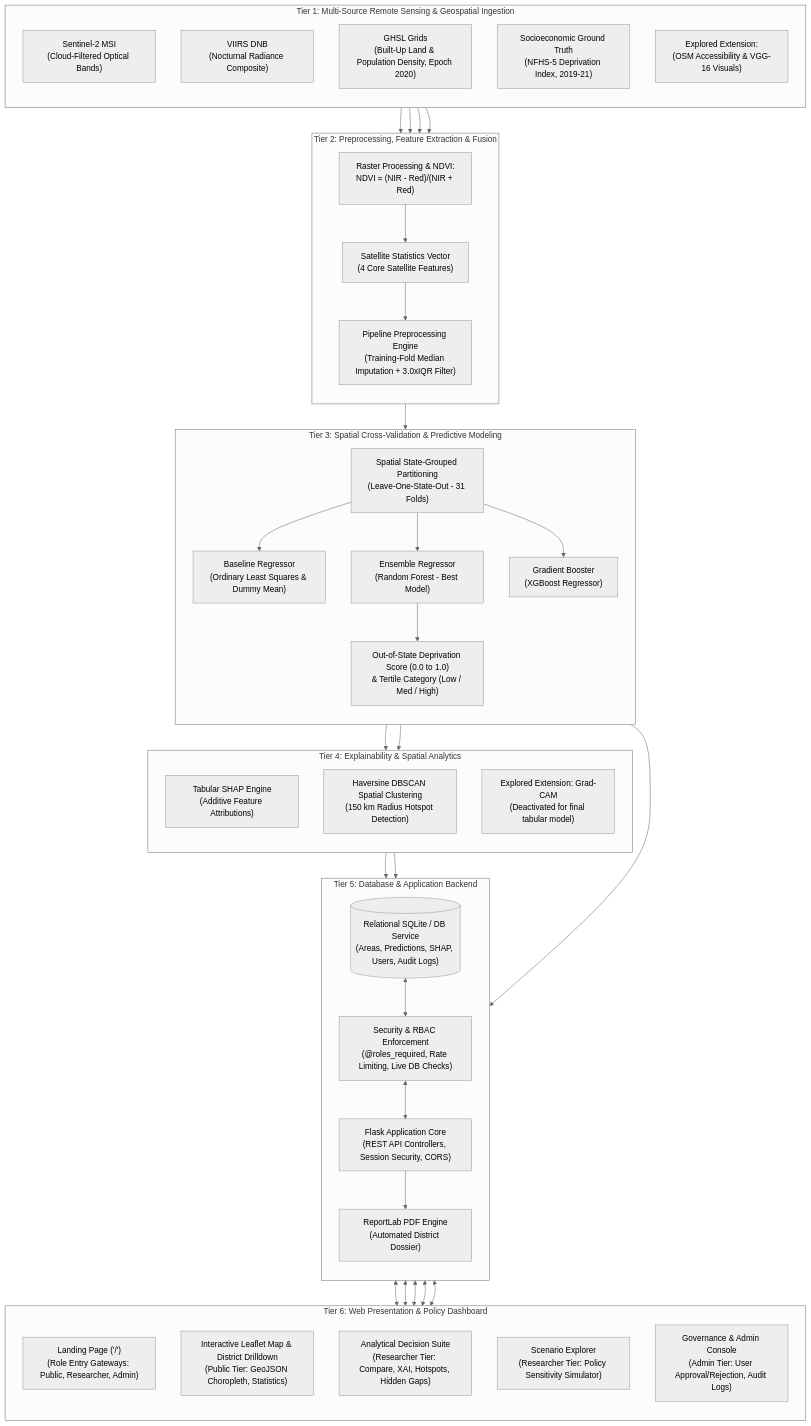
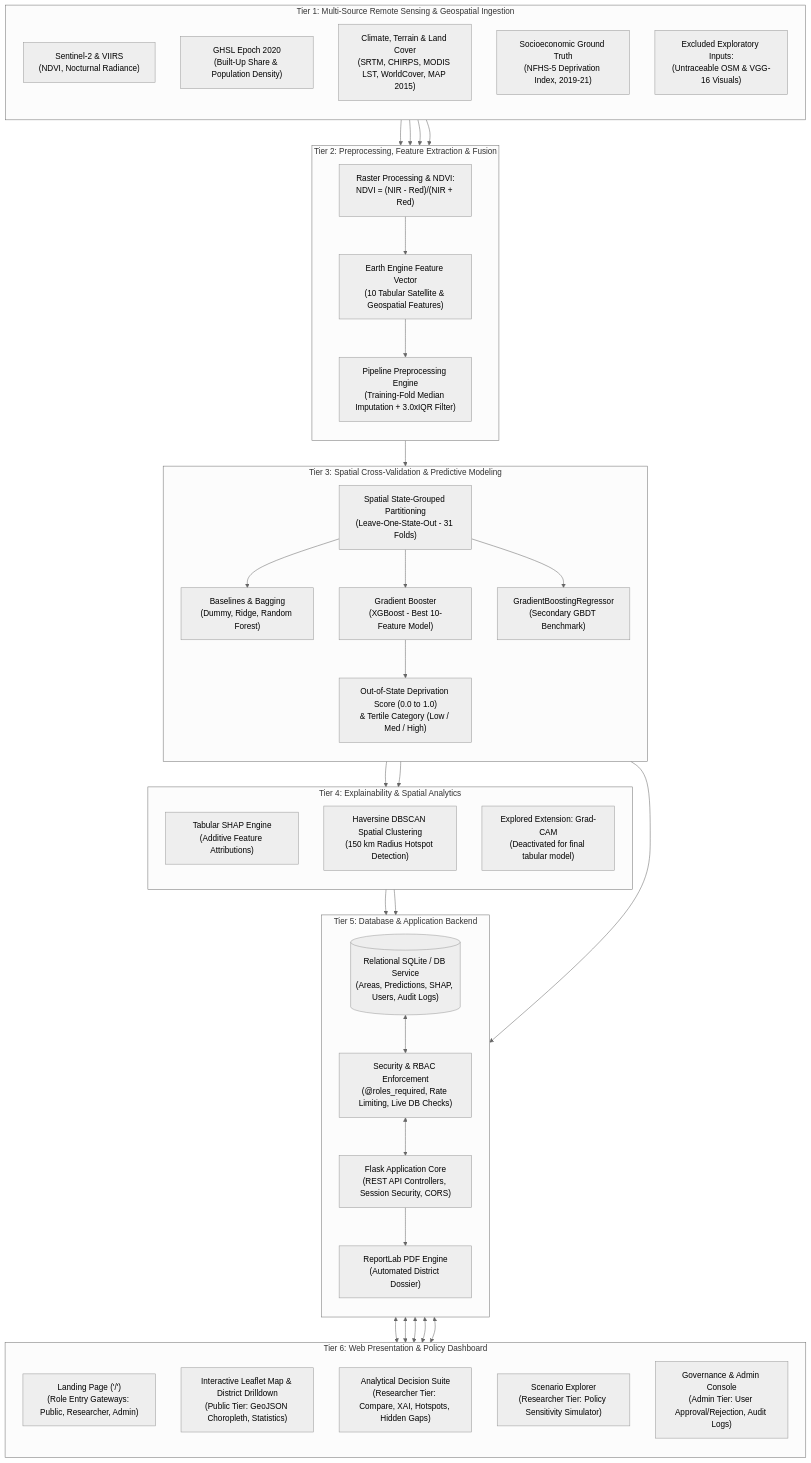
The first of 2 diagrams in documentation/SYSTEM_ARCHITECTURE.md (ditheshshettigar00-jpg/GeoPovertyAI), drawn with Mermaid (neutral theme) before and after one commit. The commit also changed other lines of this file and 19 other files, not shown here.

Commit message:
Update UI, docs, Review 2 slides, and tests for 10-feature XGBoost model

````diff
--- a/documentation/SYSTEM_ARCHITECTURE.md
+++ b/documentation/SYSTEM_ARCHITECTURE.md
@@ -46,67 +46,67 @@
 ```mermaid
 flowchart TB
     subgraph S1["Tier 1: Multi-Source Remote Sensing & Geospatial Ingestion"]
         direction TB
-        D1["Sentinel-2 MSI<br/>(Cloud-Filtered Optical Bands)"]
-        D2["VIIRS DNB<br/>(Nocturnal Radiance Composite)"]
-        D3["GHSL Grids<br/>(Built-Up Land & Population Density, Epoch 2020)"]
+        D1["Sentinel-2 & VIIRS<br/>(NDVI, Nocturnal Radiance)"]
+        D2["GHSL Epoch 2020<br/>(Built-Up Share & Population Density)"]
+        D3["Climate, Terrain & Land Cover<br/>(SRTM, CHIRPS, MODIS LST, WorldCover, MAP 2015)"]
         D4["Socioeconomic Ground Truth<br/>(NFHS-5 Deprivation Index, 2019-21)"]
-        D5["Explored Extension:<br/>(OSM Accessibility & VGG-16 Visuals)"]
+        D5["Excluded Exploratory Inputs:<br/>(Untraceable OSM & VGG-16 Visuals)"]
     end
 
     subgraph S2["Tier 2: Preprocessing, Feature Extraction & Fusion"]
         direction TB
         P1["Raster Processing & NDVI:<br/>NDVI = (NIR - Red)/(NIR + Red)"]
-        P2["Satellite Statistics Vector<br/>(4 Core Satellite Features)"]
+        P2["Earth Engine Feature Vector<br/>(10 Tabular Satellite & Geospatial Features)"]
         P3["Pipeline Preprocessing Engine<br/>(Training-Fold Median Imputation + 3.0xIQR Filter)"]
     end
 
     subgraph S3["Tier 3: Spatial Cross-Validation & Predictive Modeling"]
         direction TB
         M1["Spatial State-Grouped Partitioning<br/>(Leave-One-State-Out - 31 Folds)"]
-        M2["Baseline Regressor<br/>(Ordinary Least Squares & Dummy Mean)"]
-        M3["Ensemble Regressor<br/>(Random Forest - Best Model)"]
-        M4["Gradient Booster<br/>(XGBoost Regressor)"]
+        M2["Baselines & Bagging<br/>(Dummy, Ridge, Random Forest)"]
+        M3["Gradient Booster<br/>(XGBoost - Best 10-Feature Model)"]
+        M4["GradientBoostingRegressor<br/>(Secondary GBDT Benchmark)"]
         M5["Out-of-State Deprivation Score (0.0 to 1.0)<br/>& Tertile Category (Low / Med / High)"]
     end
 
     subgraph S4["Tier 4: Explainability & Spatial Analytics"]
         direction TB
         X1["Tabular SHAP Engine<br/>(Additive Feature Attributions)"]
         X2["Haversine DBSCAN Spatial Clustering<br/>(150 km Radius Hotspot Detection)"]
         X3["Explored Extension: Grad-CAM<br/>(Deactivated for final tabular model)"]
     end
 
     subgraph S5["Tier 5: Database & Application Backend"]
         direction TB
         DB[("Relational SQLite / DB Service<br/>(Areas, Predictions, SHAP, Users, Audit Logs)")]
         AUTH["Security & RBAC Enforcement<br/>(@roles_required, Rate Limiting, Live DB Checks)"]
         APP["Flask Application Core<br/>(REST API Controllers, Session Security, CORS)"]
         REP["ReportLab PDF Engine<br/>(Automated District Dossier)"]
     end
 
     subgraph S6["Tier 6: Web Presentation & Policy Dashboard"]
         direction TB
         LAND["Landing Page ('/')<br/>(Role Entry Gateways: Public, Researcher, Admin)"]
         UI1["Interactive Leaflet Map & District Drilldown<br/>(Public Tier: GeoJSON Choropleth, Statistics)"]
         UI2["Analytical Decision Suite<br/>(Researcher Tier: Compare, XAI, Hotspots, Hidden Gaps)"]
         UI3["Scenario Explorer<br/>(Researcher Tier: Policy Sensitivity Simulator)"]
         UI4["Governance & Admin Console<br/>(Admin Tier: User Approval/Rejection, Audit Logs)"]
     end
 
     %% Data flow connections
     D1 --> P1
     D2 & D3 --> P2
     P1 --> P2
     D4 --> P3
     P2 --> P3
     P3 --> M1
     M1 --> M2 & M3 & M4
     M3 --> M5
     M5 --> X1 & X2
     M5 & X1 & X2 --> DB
     DB <--> AUTH
     AUTH <--> APP
     APP --> REP
     APP <--> LAND & UI1 & UI2 & UI3 & UI4
 ```
````
